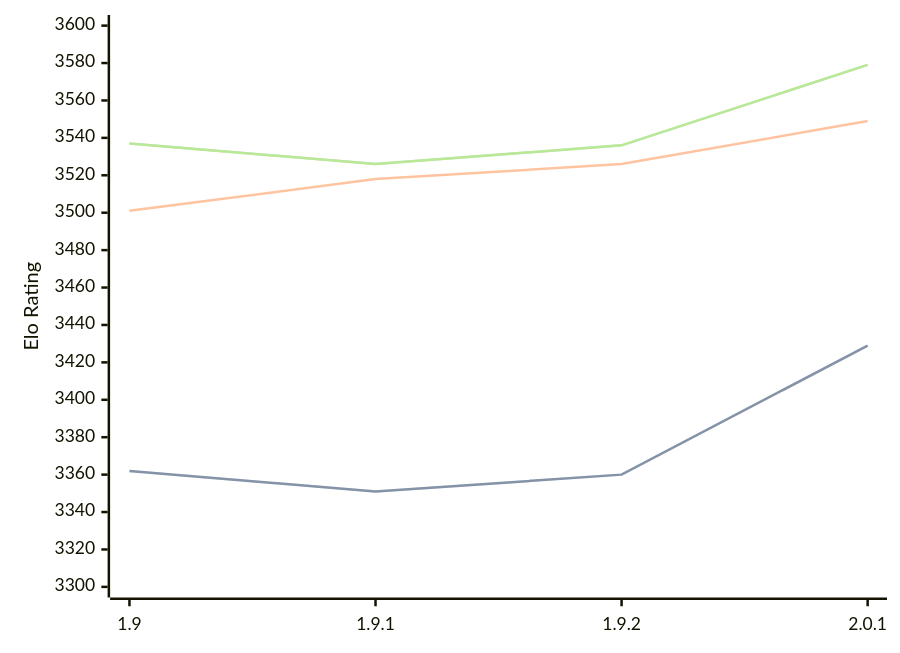
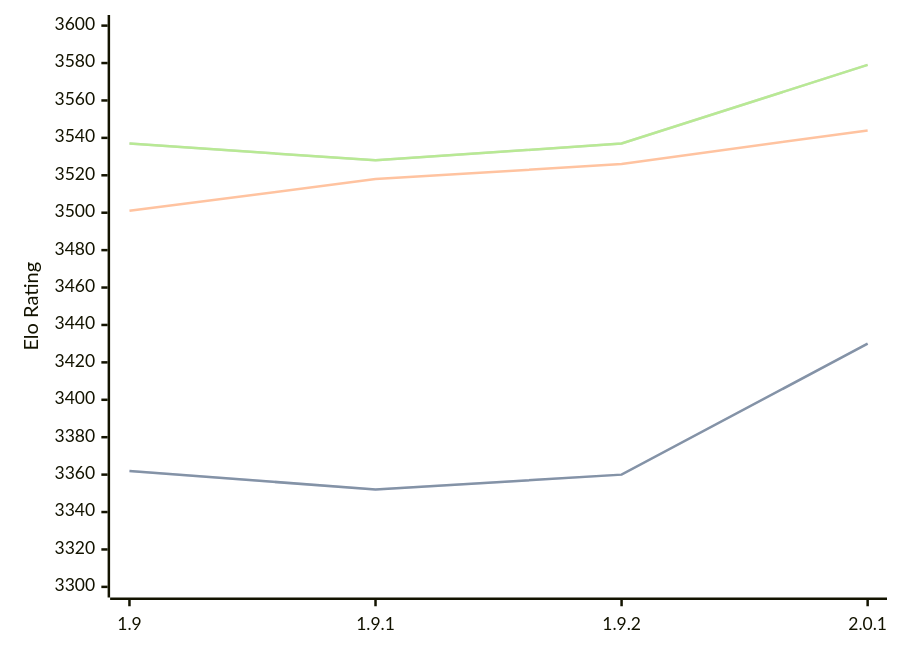
One commit to computer-chess-index/cci changed the diagram in engines/Pawnocchio.md. Above: the diagram before and after it, drawn with Mermaid. The commit also changed other lines of this file, not shown here.

Commit message:
Update CCI Ratings (ELO VLTC) - 2026-07-20

````diff
--- a/engines/Pawnocchio.md
+++ b/engines/Pawnocchio.md
@@ -50,11 +50,11 @@
 ```mermaid
 %%{init: {"theme":"base","themeVariables":{"seriesColors:['#a3a3a3','#222221','#faa371']}}}%%
 xychart-beta
   x-axis ["1.9", "1.9.1", "1.9.2", "2.0.1"]
   y-axis "Elo Rating" 3300 --> 3600
-  line "STC (8.0+0.08s)" [3362, 3351, 3360, 3429]
-  line "STC (8.0+0.08s)" [3362, 3351, 3360, 3429]
-  line "LTC (60.0+0.60s)" [3501, 3518, 3526, 3549]
-  line "VLTC (2m24s+1.12s)" [3537, 3526, 3536, 3579]
-  line "VLTC (2m24s+1.12s)" [3537, 3526, 3536, 3579]
+  line "STC (8.0+0.08s)" [3362, 3352, 3360, 3430]
+  line "STC (8.0+0.08s)" [3362, 3352, 3360, 3430]
+  line "LTC (60.0+0.60s)" [3501, 3518, 3526, 3544]
+  line "VLTC (2m24s+1.12s)" [3537, 3528, 3537, 3579]
+  line "VLTC (2m24s+1.12s)" [3537, 3528, 3537, 3579]
 ```
````
